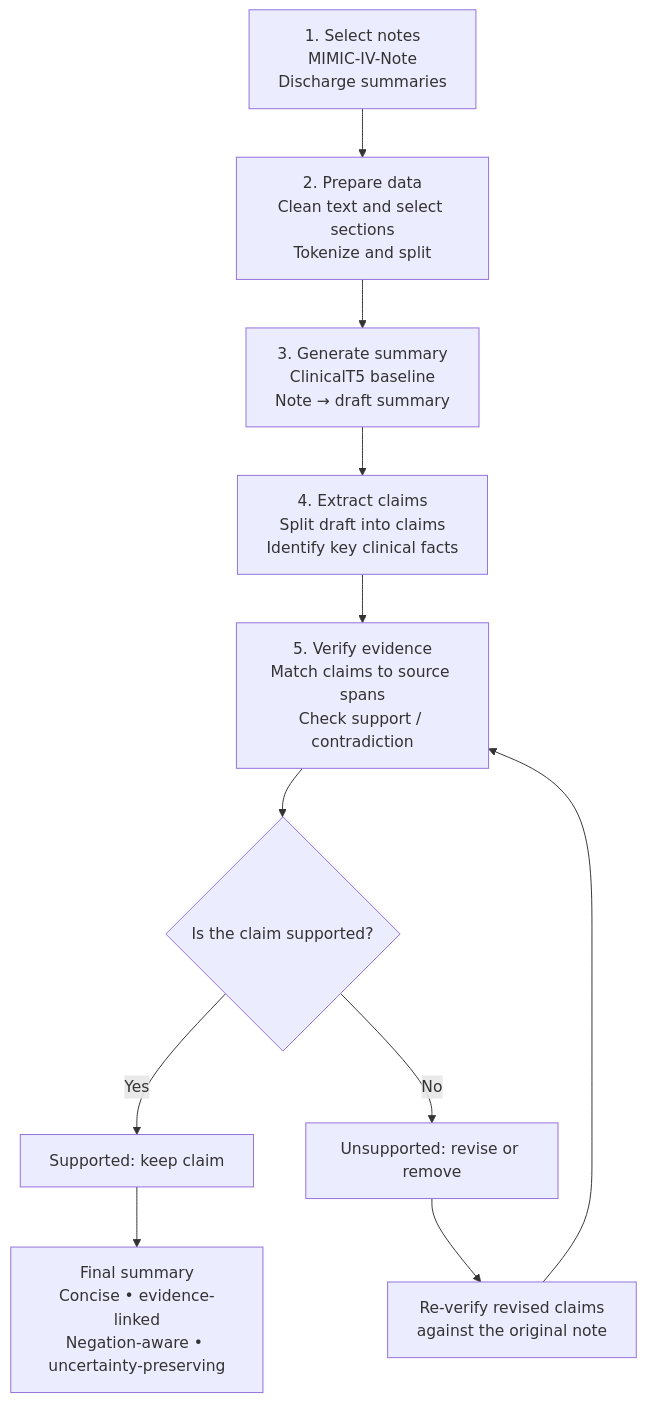
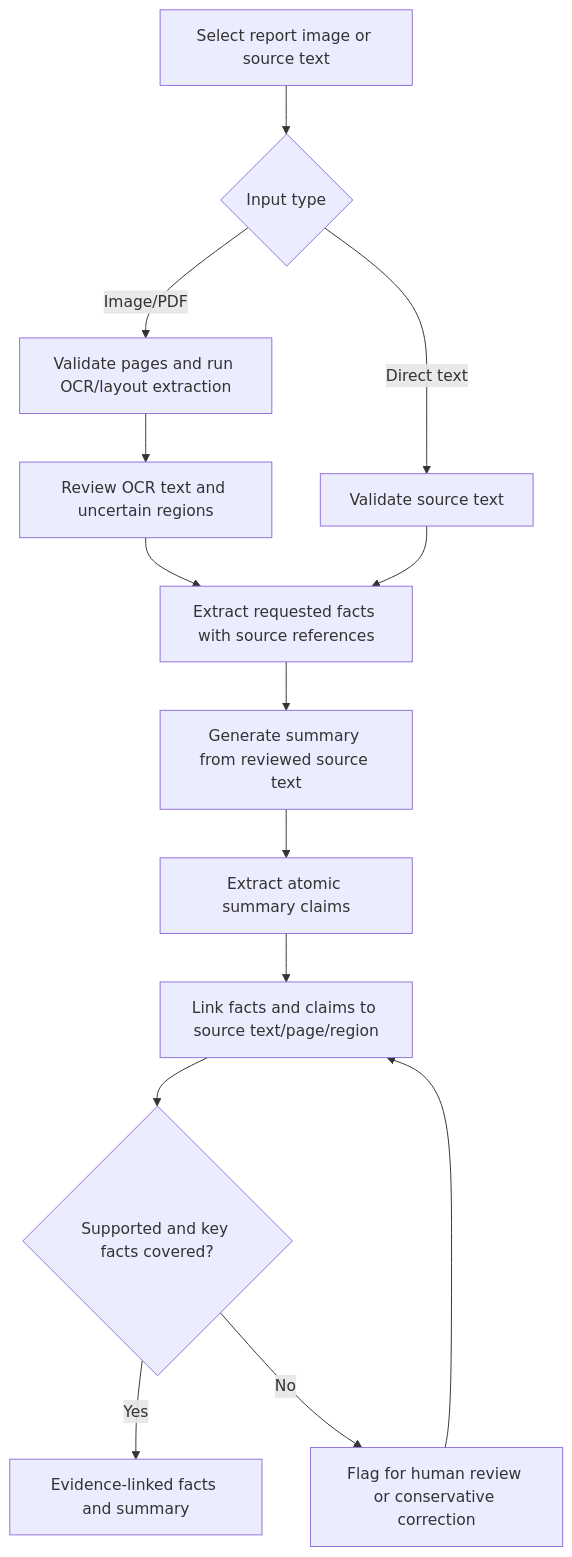
The second of 4 diagrams in README.md (hashnj/Clinical_Notes_Summarization), drawn with Mermaid before and after one commit. The commit also changed other lines of this file and 9 other files, not shown here.

````diff
--- a/README.md
+++ b/README.md
@@ -212,17 +247,16 @@
 ```mermaid
 flowchart TD
-    A["1. Select notes<br/>MIMIC-IV-Note<br/>Discharge summaries"]
-    B["2. Prepare data<br/>Clean text and select sections<br/>Tokenize and split"]
-    C["3. Generate summary<br/>ClinicalT5 baseline<br/>Note → draft summary"]
-    D["4. Extract claims<br/>Split draft into claims<br/>Identify key clinical facts"]
-    E["5. Verify evidence<br/>Match claims to source spans<br/>Check support / contradiction"]
-    F{"Is the claim supported?"}
-    G["Supported: keep claim"]
-    H["Unsupported: revise or remove"]
-    I["Re-verify revised claims<br/>against the original note"]
-    J["Final summary<br/>Concise • evidence-linked<br/>Negation-aware • uncertainty-preserving"]
-
-    A --> B --> C --> D --> E --> F
-    F -- Yes --> G --> J
-    F -- No --> H --> I --> E
+   A["Select report image or source text"] --> B{"Input type"}
+   B -->|Image/PDF| C["Validate pages and run OCR/layout extraction"]
+   C --> D["Review OCR text and uncertain regions"]
+   B -->|Direct text| E["Validate source text"]
+   D --> F["Extract requested facts with source references"]
+   E --> F
+   F --> G["Generate summary from reviewed source text"]
+   G --> H["Extract atomic summary claims"]
+   H --> I["Link facts and claims to source text/page/region"]
+   I --> J{"Supported and key facts covered?"}
+   J -->|Yes| K["Evidence-linked facts and summary"]
+   J -->|No| L["Flag for human review or conservative correction"]
+   L --> I
 ```
````
